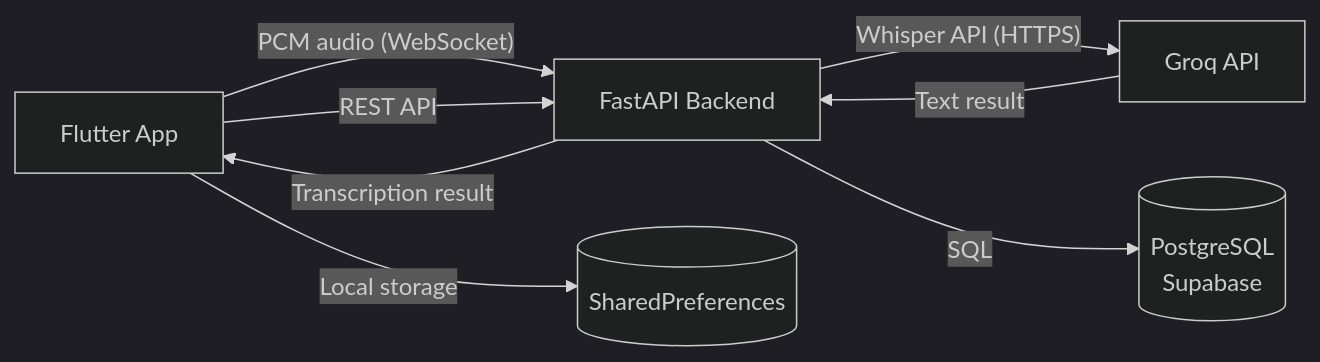
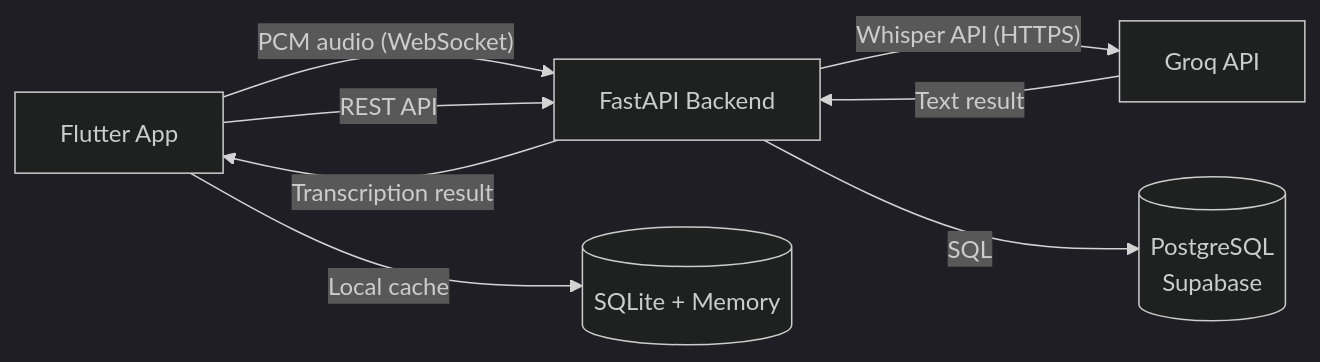
The first of 2 diagrams in README.md (AbhiramVSA/zepp), drawn with Mermaid (dark theme) before and after one commit. The commit also changed other lines of this file, not shown here.

````diff
--- a/README.md
+++ b/README.md
@@ -34,10 +18,10 @@
 ```mermaid
 graph LR
     A[Flutter App] -- "PCM audio (WebSocket)" --> B[FastAPI Backend]
     B -- "Transcription result" --> A
     B -- "Whisper API (HTTPS)" --> C[Groq API]
     C -- "Text result" --> B
     A -- "REST API" --> B
     B -- "SQL" --> D[(PostgreSQL<br/>Supabase)]
-    A -- "Local storage" --> E[(SharedPreferences)]
+    A -- "Local cache" --> E[(SQLite + Memory)]
 ```
````
